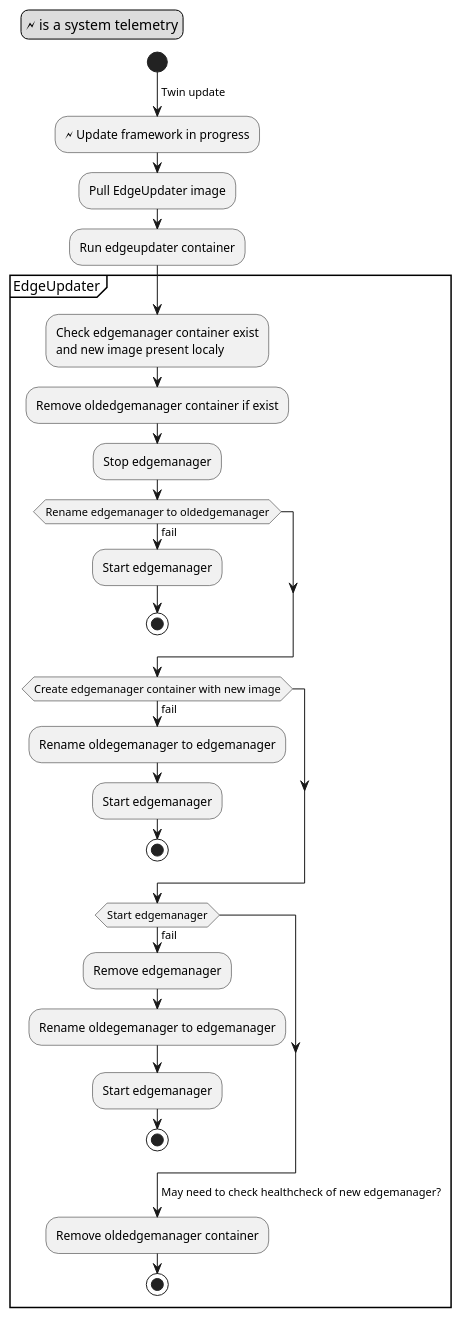
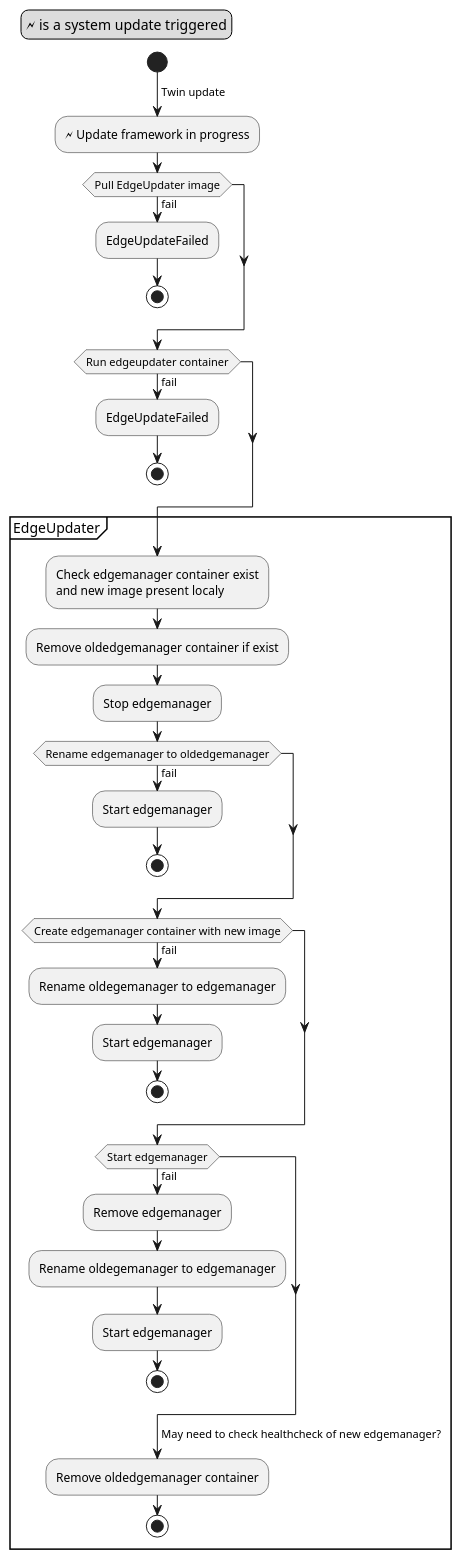
One commit to se-edge/framework-diagrams changed the diagram in UseCases/Update-framework/Update-framework.activity.puml. Above: the diagram before and after it, drawn with PlantUML.

Commit message:
Update Update-framework.activity.puml
Add EdgeupdateFailed

```diff
--- a/UseCases/Update-framework/Update-framework.activity.puml
+++ b/UseCases/Update-framework/Update-framework.activity.puml
@@ -1,36 +1,42 @@
 @startuml
 legend top left
-🗲 is a system telemetry
+🗲 is a system update triggered
 endlegend
 
 start
 -> Twin update;
 :🗲 Update framework in progress;
-:Pull EdgeUpdater image;
-:Run edgeupdater container;
+if (Pull EdgeUpdater image) then (fail)
+    :EdgeUpdateFailed;
+    stop
+endif
+if (Run edgeupdater container) then (fail)
+    :EdgeUpdateFailed;
+    stop
+endif
 
 partition EdgeUpdater {
     :Check edgemanager container exist
     and new image present localy;
     :Remove oldedgemanager container if exist;
     :Stop edgemanager;
     if (Rename edgemanager to oldedgemanager) then (fail)
         :Start edgemanager;
         stop
     endif
     if (Create edgemanager container with new image) then (fail)
         :Rename oldegemanager to edgemanager;
         :Start edgemanager;
         stop
     endif
     if (Start edgemanager) then (fail)
         :Remove edgemanager;
         :Rename oldegemanager to edgemanager;
         :Start edgemanager;
         stop
     endif
     ->May need to check healthcheck of new edgemanager?;
     :Remove oldedgemanager container;
     stop
 }
 @enduml
```
